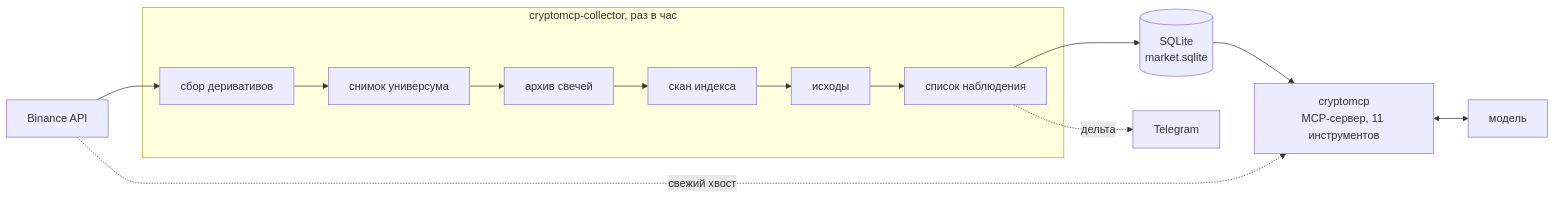
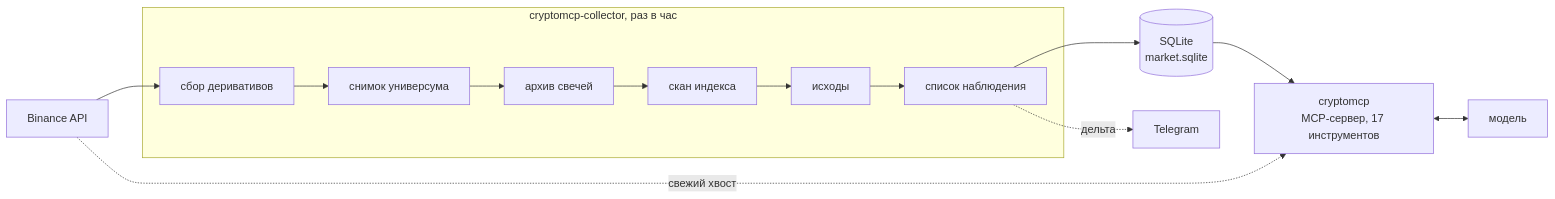
One commit to demosfen7/cryptomcp changed the first of 5 diagrams in ARCHITECTURE.md. Above: the diagram before and after it, drawn with Mermaid. The commit also changed 14 other files, not shown here.

````diff
--- a/ARCHITECTURE.md
+++ b/ARCHITECTURE.md
@@ -19,26 +19,26 @@
 ```mermaid
 flowchart LR
     B["Binance API"]
 
     subgraph collector["cryptomcp-collector, раз в час"]
         C1["сбор деривативов"]
         C2["снимок универсума"]
         C3["архив свечей"]
         C4["скан индекса"]
         C5["исходы"]
         C6["список наблюдения"]
     end
 
     DB[("SQLite<br/>market.sqlite")]
 
-    S1["cryptomcp<br/>MCP-сервер, 11 инструментов"]
+    S1["cryptomcp<br/>MCP-сервер, 17 инструментов"]
     TG["Telegram"]
     LLM["модель"]
 
     B --> C1 --> C2 --> C3 --> C4 --> C5 --> C6
     C6 --> DB
     C6 -.дельта.-> TG
     DB --> S1
     B -.свежий хвост.-> S1
     S1 <--> LLM
 ```
````
